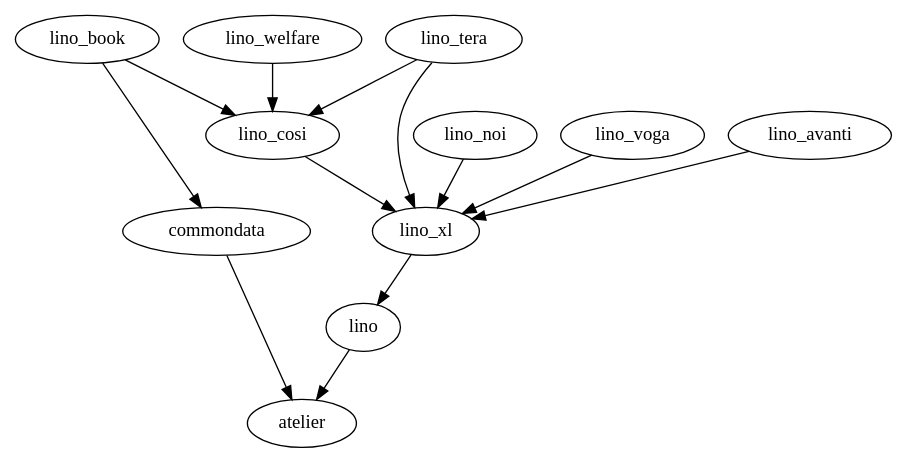
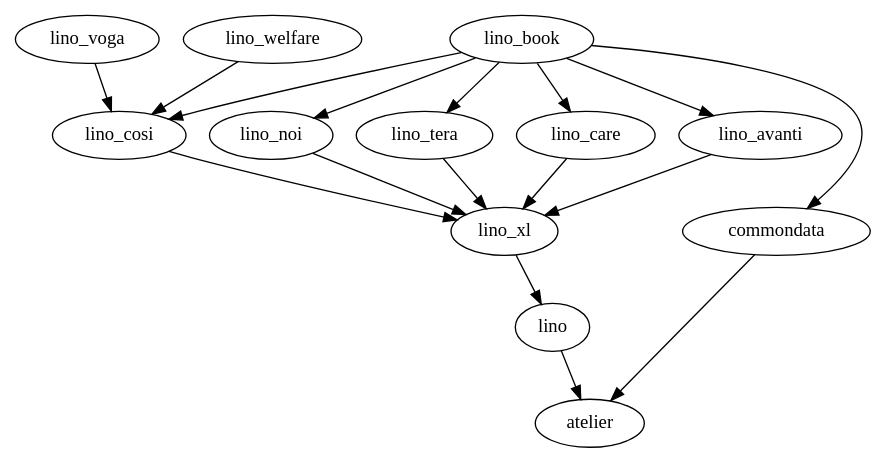
Before and after one commit to lino-framework/book: the diagram in docs/dev/overview.rst, drawn with Graphviz. The commit also changed other lines of this file and 15 other files, not shown here.

Commit message:
http://luc.lino-framework.org/blog/2017/1028.html

```diff
--- a/docs/dev/overview.rst
+++ b/docs/dev/overview.rst
@@ -49,18 +56,68 @@
 .. graphviz::
 
    digraph foo {
+
+    /**
+    {
+       node [shape=plaintext, fontsize=16];
+       documentation ->
+       "independent applications" ->
+       applications -> framework -> utilities;
+    }
    
-    commondata -> atelier
+    { rank = same;
+        applications;
+        lino_noi;
+        lino_cosi;
+        lino_tera;
+        lino_care;
+        lino_avanti;
+    }
+    
+    { rank = same;
+        utilities;
+        atelier;
+        commondata;
+    }
+
+    { rank = same;
+        documentation;
+        lino_book;
+    }
+
+    { rank = same;
+        "independent applications";
+        lino_voga;
+        lino_welfare;
+    }
+    **/
+
+    /**
+
+    { rank = same;
+        framework;
+        lino;
+        lino_xl;
+    }
+
+    **/
+
+    commondata -> atelier;
     lino -> atelier;
     lino_xl -> lino;
-    lino_book -> lino_cosi; 
-    lino_book -> commondata; 
     lino_noi -> lino_xl; 
     lino_cosi -> lino_xl; 
+    lino_tera -> lino_xl;
+    lino_care -> lino_xl;
+    lino_avanti -> lino_xl;
+    
+    lino_book -> lino_noi; 
+    lino_book -> lino_cosi; 
+    lino_book -> lino_tera; 
+    lino_book -> lino_care; 
+    lino_book -> lino_avanti; 
+    lino_book -> commondata;
+    
+    lino_voga -> lino_cosi;
     lino_welfare -> lino_cosi;
-    lino_voga -> lino_xl;
-    lino_tera -> lino_cosi;
-    lino_tera -> lino_xl;
-    lino_avanti -> lino_xl;
-
    }
```
